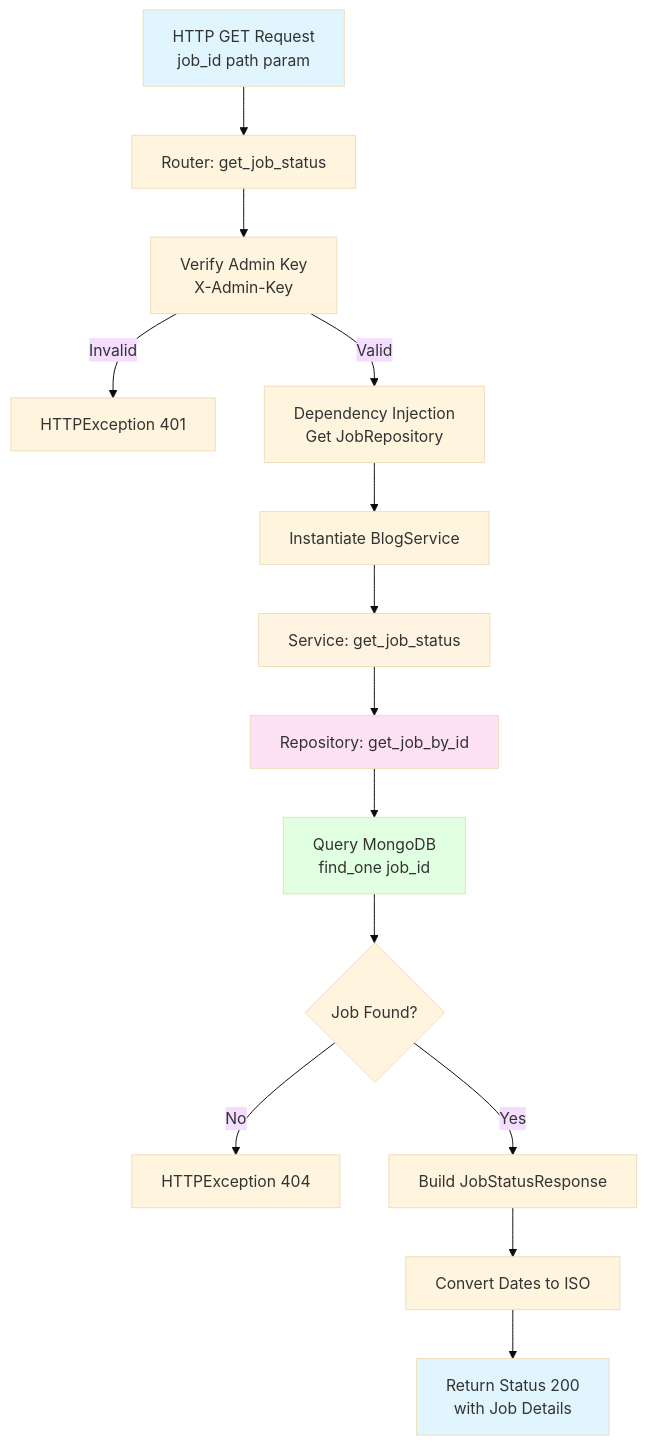
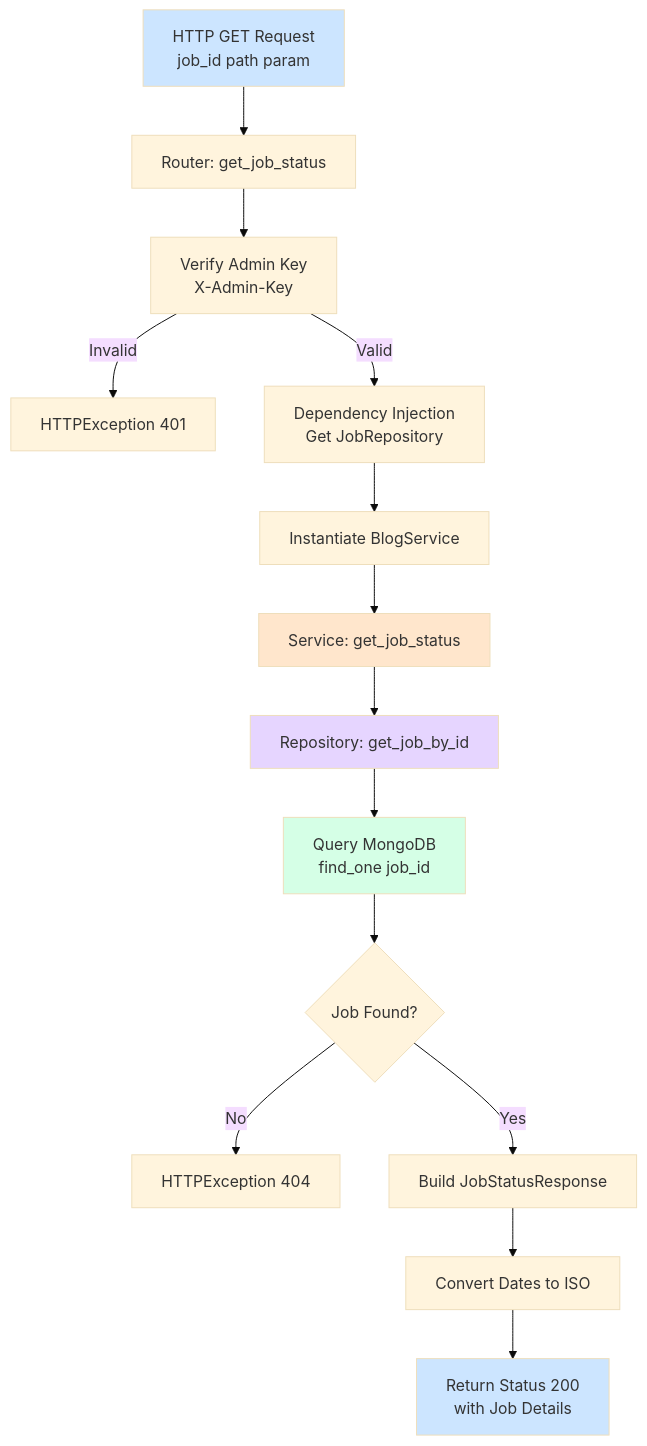
The second of 12 diagrams in SelfLearning/fyi_widget_api/ENDPOINT_FLOWS_VISUAL.md (amitspk/project-x), drawn with Mermaid (base theme) before and after one commit. The commit also changed other lines of this file, not shown here.

Commit message:
updated flow diagram

````diff
--- a/SelfLearning/fyi_widget_api/ENDPOINT_FLOWS_VISUAL.md
+++ b/SelfLearning/fyi_widget_api/ENDPOINT_FLOWS_VISUAL.md
@@ -83,22 +83,22 @@
 ```mermaid
 graph TD
     A[HTTP GET Request<br/>job_id path param] --> B[Router: get_job_status]
     B --> C[Verify Admin Key<br/>X-Admin-Key]
     C -->|Invalid| D[HTTPException 401]
     C -->|Valid| E[Dependency Injection<br/>Get JobRepository]
     E --> F[Instantiate BlogService]
     F --> G[Service: get_job_status]
     G --> H[Repository: get_job_by_id]
     H --> I[Query MongoDB<br/>find_one job_id]
     I --> J{Job Found?}
     J -->|No| K[HTTPException 404]
     J -->|Yes| L[Build JobStatusResponse]
     L --> M[Convert Dates to ISO]
     M --> N[Return Status 200<br/>with Job Details]
     
-    style A fill:#e1f5ff
-    style G fill:#fff4e1
-    style H fill:#ffe1f5
-    style I fill:#e1ffe1
-    style N fill:#e1f5ff
+    style A fill:#cce5ff
+    style G fill:#ffe6cc
+    style H fill:#e6d5ff
+    style I fill:#d5ffe6
+    style N fill:#cce5ff
 ```
````
